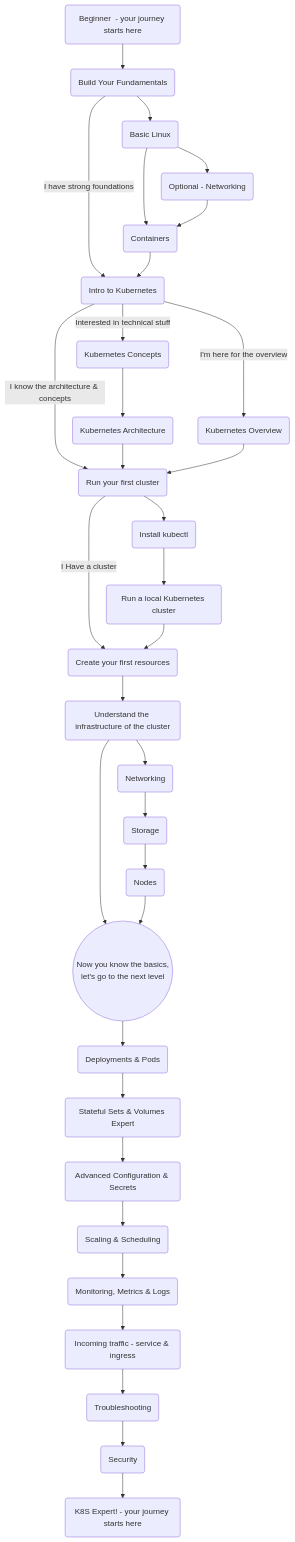
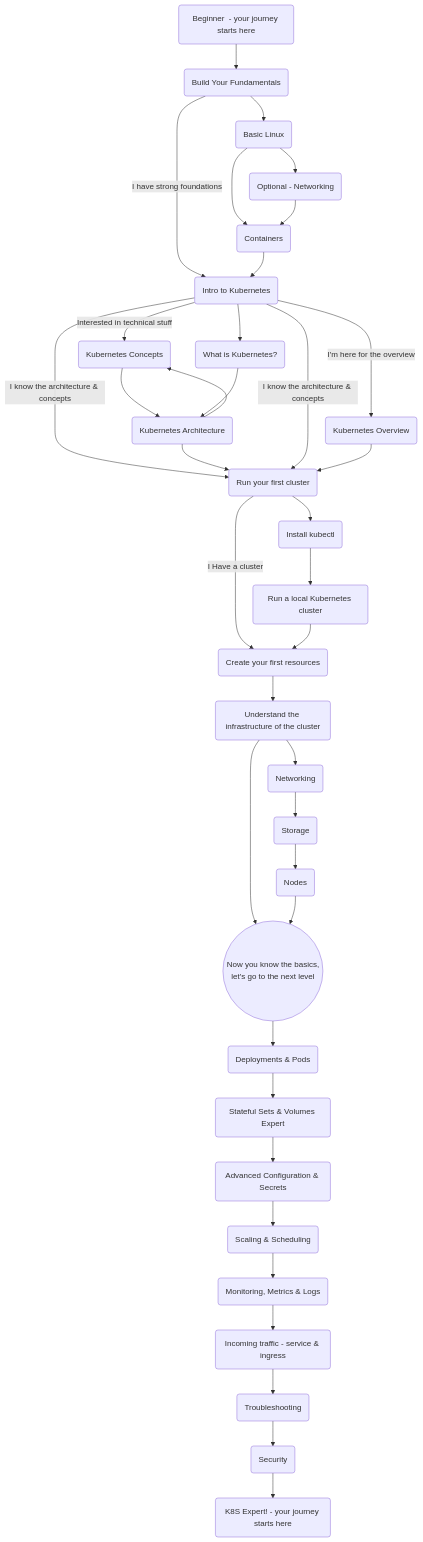
Before and after one commit to guymenahem/the-kubernetes-journey: the diagram in README.md, drawn with Mermaid. The commit also changed 2 other files, not shown here.

Commit message:
what's Kubernetes (#11)

```diff
--- a/README.md
+++ b/README.md
@@ -48,6 +48,14 @@
             k8s-arch(Kubernetes Architecture) --> k8s-first-run
             click k8s-arch "https://github.com/guymenahem/the-kubernetes-journey/tree/main/Beginner/k8s-architecture"
             
+        k8s-intro --> what's-k8s
+        k8s-intro -- I know the architecture & concepts --> k8s-first-run
+
+            what's-k8s(What is Kubernetes?)
+            what's-k8s --> k8s-arch
+
+
+            k8s-arch(Kubernetes Architecture) --> k8s-concepts
 
             k8s-overview(Kubernetes Overview)
             k8s-overview --> k8s-first-run
```
